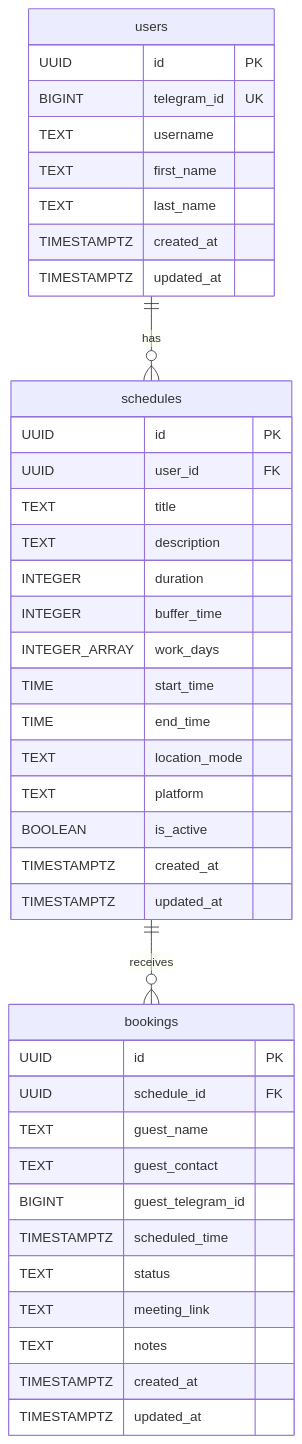
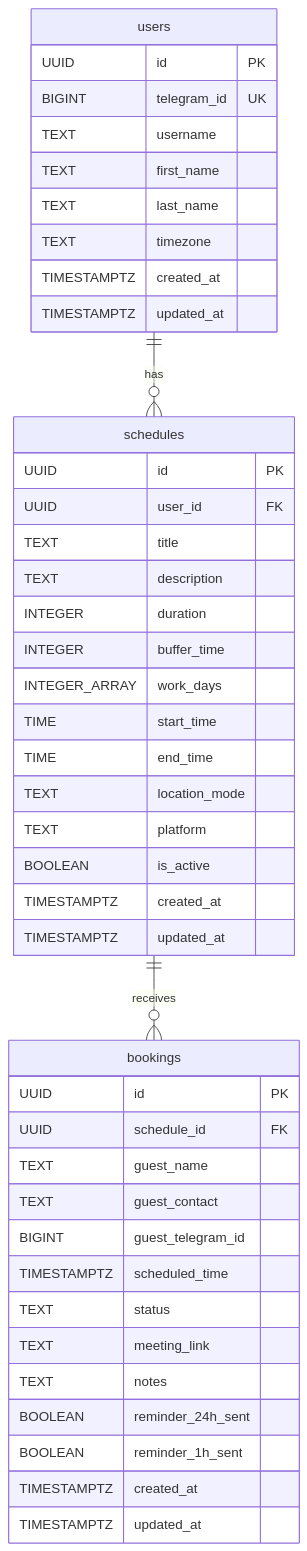
One commit to iwantproger/do_vstrechi changed the fourth of 7 diagrams in docs/ARCHITECTURE.md. Above: the diagram before and after it, drawn with Mermaid. The commit also changed other lines of this file and 5 other files, not shown here.

````diff
--- a/docs/ARCHITECTURE.md
+++ b/docs/ARCHITECTURE.md
@@ -159,46 +174,49 @@
 ```mermaid
 erDiagram
     users ||--o{ schedules : "has"
     schedules ||--o{ bookings : "receives"
 
     users {
         UUID id PK
         BIGINT telegram_id UK
         TEXT username
         TEXT first_name
         TEXT last_name
+        TEXT timezone
         TIMESTAMPTZ created_at
         TIMESTAMPTZ updated_at
     }
 
     schedules {
         UUID id PK
         UUID user_id FK
         TEXT title
         TEXT description
         INTEGER duration
         INTEGER buffer_time
         INTEGER_ARRAY work_days
         TIME start_time
         TIME end_time
         TEXT location_mode
         TEXT platform
         BOOLEAN is_active
         TIMESTAMPTZ created_at
         TIMESTAMPTZ updated_at
     }
 
     bookings {
         UUID id PK
         UUID schedule_id FK
         TEXT guest_name
         TEXT guest_contact
         BIGINT guest_telegram_id
         TIMESTAMPTZ scheduled_time
         TEXT status
         TEXT meeting_link
         TEXT notes
+        BOOLEAN reminder_24h_sent
+        BOOLEAN reminder_1h_sent
         TIMESTAMPTZ created_at
         TIMESTAMPTZ updated_at
     }
 ```
````
